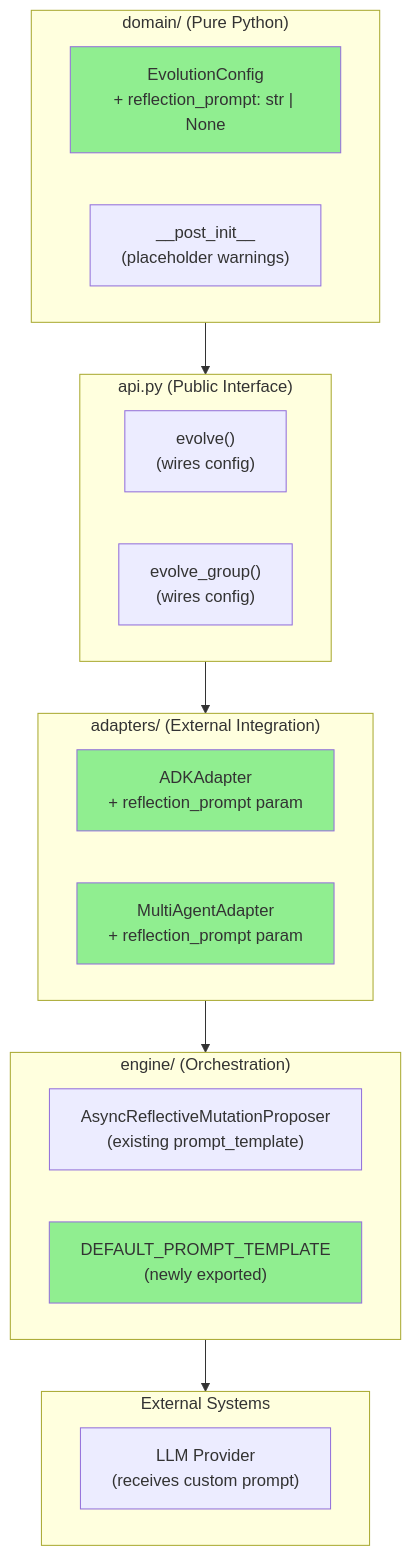
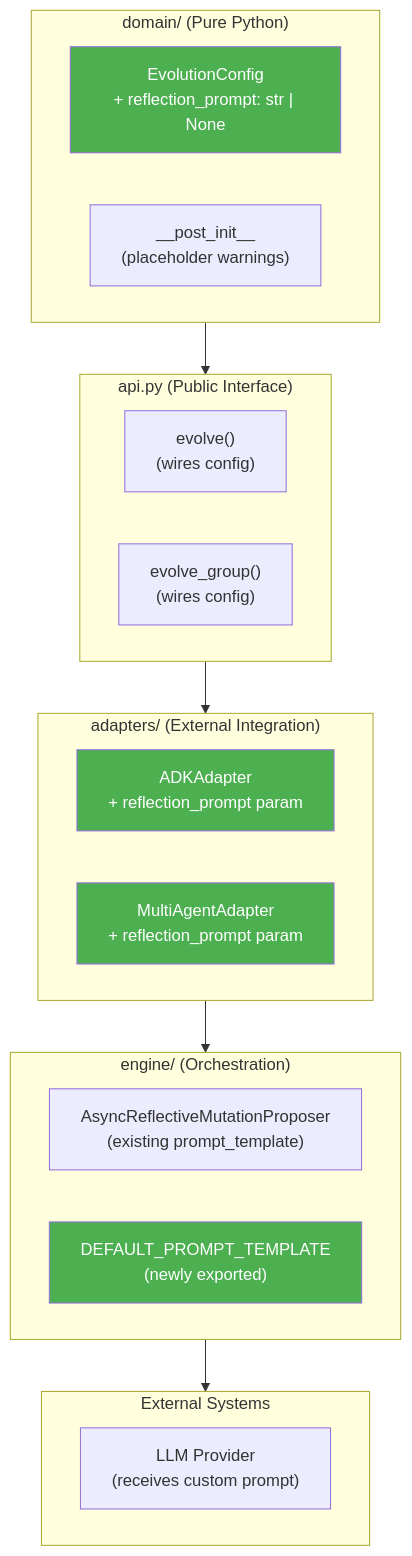
Before and after one commit to Alberto-Codes/gepa-adk: the fifth of 9 diagrams in specs/032-reflection-prompt-config/architecture.md, drawn with Mermaid. The commit also changed other lines of this file, not shown here.

Commit message:
feat(spec): update color styles in architecture diagrams for improved visibility

````diff
--- a/specs/032-reflection-prompt-config/architecture.md
+++ b/specs/032-reflection-prompt-config/architecture.md
@@ -205,36 +205,36 @@
 ```mermaid
 flowchart TB
     subgraph External["External Systems"]
         LLM["LLM Provider<br/>(receives custom prompt)"]
     end
 
     subgraph Adapters["adapters/ (External Integration)"]
         ADKAdapter["ADKAdapter<br/>+ reflection_prompt param"]
         MultiAgent["MultiAgentAdapter<br/>+ reflection_prompt param"]
     end
 
     subgraph Engine["engine/ (Orchestration)"]
         Proposer["AsyncReflectiveMutationProposer<br/>(existing prompt_template)"]
         DefaultPrompt["DEFAULT_PROMPT_TEMPLATE<br/>(newly exported)"]
     end
 
     subgraph Domain["domain/ (Pure Python)"]
         Config["EvolutionConfig<br/>+ reflection_prompt: str | None"]
         Validation["__post_init__<br/>(placeholder warnings)"]
     end
 
     subgraph API["api.py (Public Interface)"]
         Evolve["evolve()<br/>(wires config)"]
         EvolveGroup["evolve_group()<br/>(wires config)"]
     end
 
     API --> Adapters
     Adapters --> Engine
     Engine --> External
     Domain --> API
 
-    style Config fill:#90EE90
-    style ADKAdapter fill:#90EE90
-    style MultiAgent fill:#90EE90
-    style DefaultPrompt fill:#90EE90
+    style Config fill:#4CAF50,color:#fff
+    style ADKAdapter fill:#4CAF50,color:#fff
+    style MultiAgent fill:#4CAF50,color:#fff
+    style DefaultPrompt fill:#4CAF50,color:#fff
 ```
````
